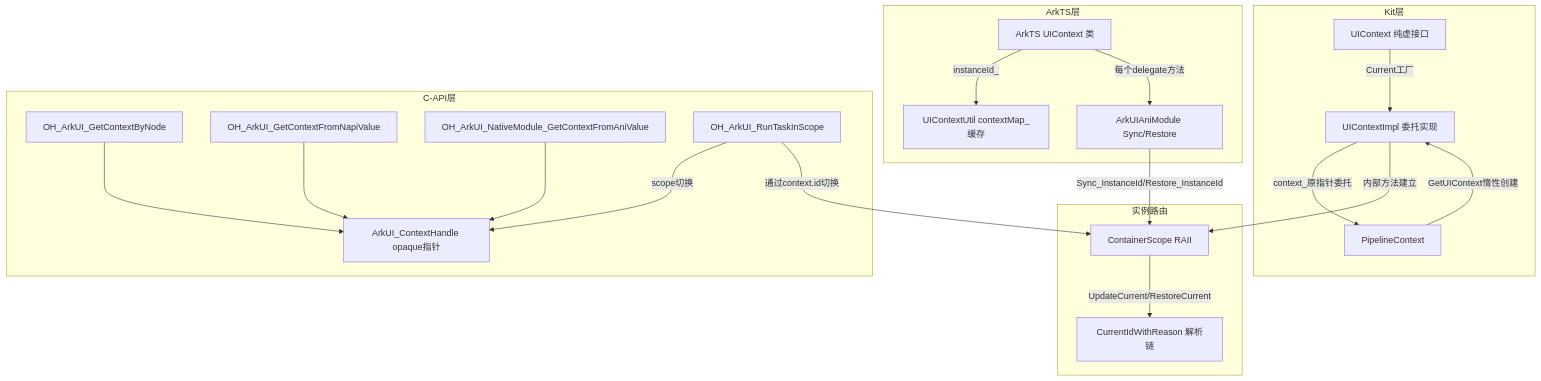
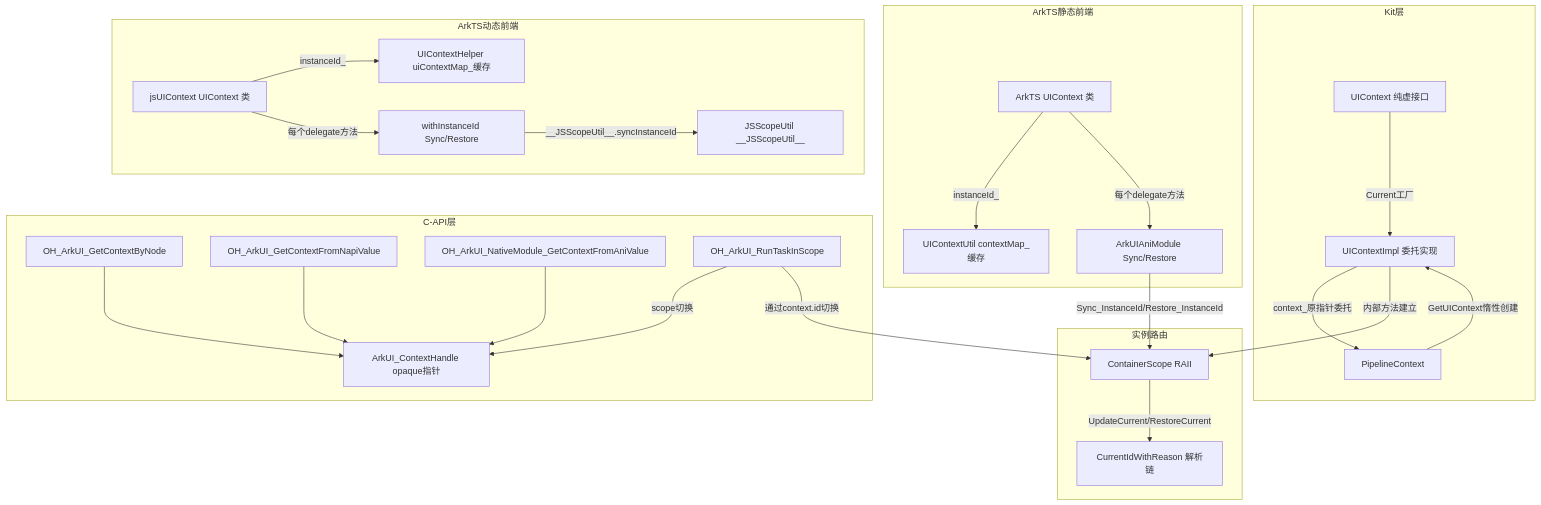
The diagram in 04-common-capability/12-ui-context/01-ui-context-interface/Feat-01-uicontext-entry-architecture-instance-routing-spec.md (cleeshark/arkui_specs), drawn with Mermaid before and after one commit. The commit also changed other lines of this file and 7 other files, not shown here.

````diff
--- a/04-common-capability/12-ui-context/01-ui-context-interface/Feat-01-uicontext-entry-architecture-instance-routing-spec.md
+++ b/04-common-capability/12-ui-context/01-ui-context-interface/Feat-01-uicontext-entry-architecture-instance-routing-spec.md
@@ -22,37 +23,46 @@
 ```mermaid
 graph TD
     subgraph Kit层
         UIContext[UIContext 纯虚接口]
         UIContextImpl[UIContextImpl 委托实现]
         PipelineContext[PipelineContext]
         UIContext -->|Current工厂| UIContextImpl
         UIContextImpl -->|context_原指针委托| PipelineContext
         PipelineContext -->|GetUIContext惰性创建| UIContextImpl
     end
-    subgraph ArkTS层
+    subgraph ArkTS静态前端
         ArkUIContext[ArkTS UIContext 类]
         UIContextUtil[UIContextUtil contextMap_缓存]
         ArkUIAniModule[ArkUIAniModule Sync/Restore]
         ArkUIContext -->|instanceId_| UIContextUtil
         ArkUIContext -->|每个delegate方法| ArkUIAniModule
+    end
+    subgraph ArkTS动态前端
+        JsUIContext[jsUIContext UIContext 类]
+        UIContextHelper[UIContextHelper uiContextMap_缓存]
+        JSScopeUtil[JSScopeUtil __JSScopeUtil__]
+        WithInstanceId[withInstanceId Sync/Restore]
+        JsUIContext -->|instanceId_| UIContextHelper
+        JsUIContext -->|每个delegate方法| WithInstanceId
+        WithInstanceId -->|__JSScopeUtil__.syncInstanceId| JSScopeUtil
     end
     subgraph C-API层
         ArkUI_ContextHandle[ArkUI_ContextHandle opaque指针]
         GetContextByNode[OH_ArkUI_GetContextByNode]
         GetContextFromNapiValue[OH_ArkUI_GetContextFromNapiValue]
         GetContextFromAniValue[OH_ArkUI_NativeModule_GetContextFromAniValue]
         RunTaskInScope[OH_ArkUI_RunTaskInScope]
         GetContextByNode --> ArkUI_ContextHandle
         GetContextFromNapiValue --> ArkUI_ContextHandle
         GetContextFromAniValue --> ArkUI_ContextHandle
         RunTaskInScope -->|scope切换| ArkUI_ContextHandle
     end
     subgraph 实例路由
         ContainerScope[ContainerScope RAII]
         CurrentIdWithReason[CurrentIdWithReason 解析链]
         ContainerScope -->|UpdateCurrent/RestoreCurrent| CurrentIdWithReason
     end
     UIContextImpl -->|内部方法建立| ContainerScope
     ArkUIAniModule -->|Sync_InstanceId/Restore_InstanceId| ContainerScope
     RunTaskInScope -->|通过context.id切换| ContainerScope
 ```
````
